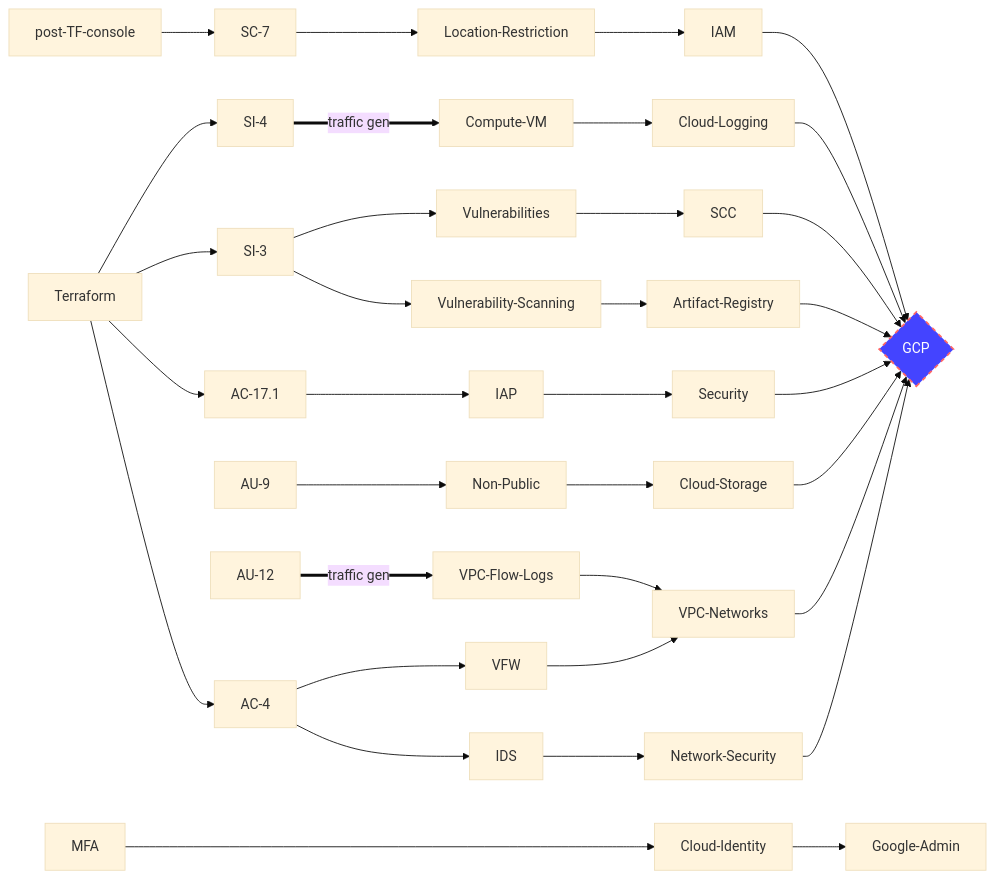
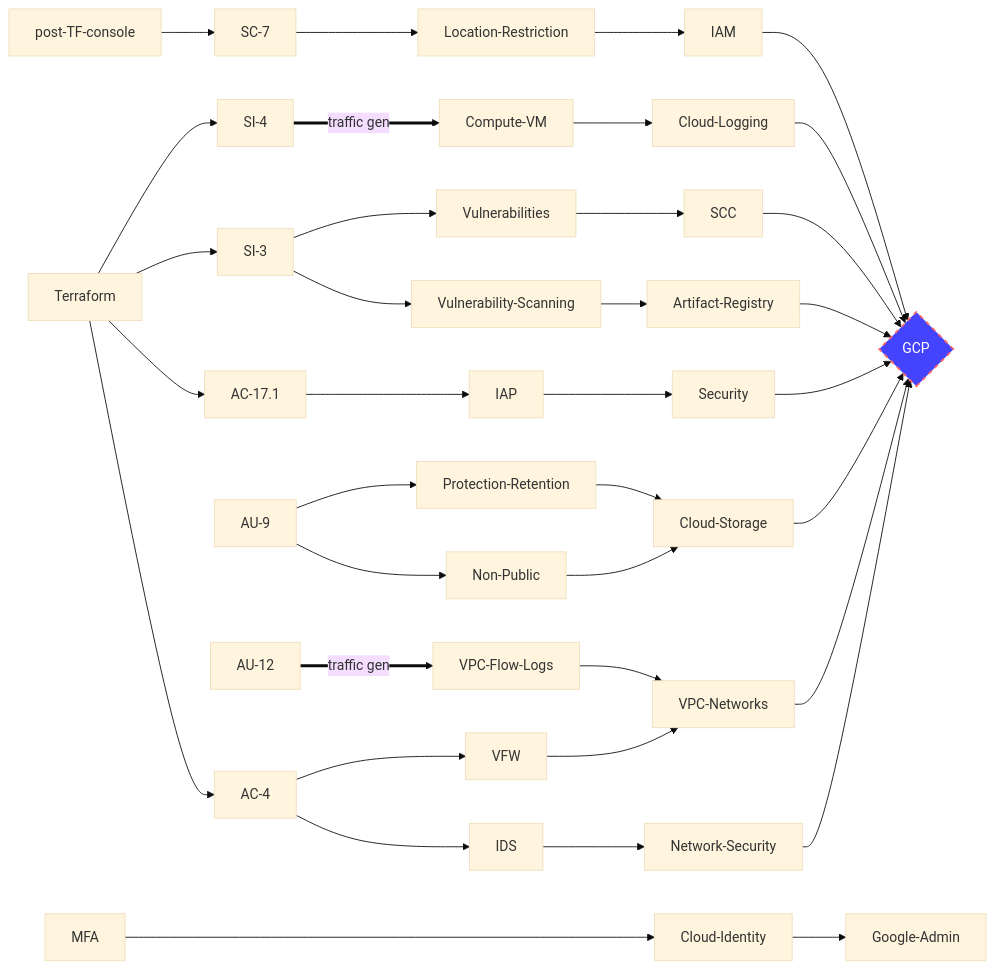
The first of 2 diagrams in docs/google-cloud-security-controls.md (GoogleCloudPlatform/pbmm-on-gcp-onboarding), drawn with Mermaid (base theme) before and after one commit.

Commit message:
#2 - AU-9

````diff
--- a/docs/google-cloud-security-controls.md
+++ b/docs/google-cloud-security-controls.md
@@ -5,41 +5,43 @@
 ```mermaid
 graph LR;
     style GCP fill:#44f,stroke:#f66,stroke-width:2px,color:#fff,stroke-dasharray: 5 5
     Terraform-->AC-4;
     Terraform-->AC-17.1;
     Terraform-->SI-3;
     Terraform-->SI-4;
     
     AC-4-->IDS;
     AC-4-->VFW;
     AC-17.1-->IAP;
-    AU-9-->Non-Public-->Cloud-Storage-->GCP;
+    AU-9-->Non-Public-->Cloud-Storage;
+    AU-9-->Protection-Retention-->Cloud-Storage;
     AU-12== traffic gen ==>VPC-Flow-Logs;
     SI-3-->Vulnerability-Scanning-->Artifact-Registry-->GCP;
     SI-3-->Vulnerabilities;
     SI-4== traffic gen ==>Compute-VM;
     post-TF-console-->SC-7-->Location-Restriction;
     
     
     IAP-->Security;
 
     Vulnerabilities-->SCC;
     
     IDS-->Network-Security;
     Compute-VM-->Cloud-Logging;
     Cloud-Logging-->GCP;
+    Cloud-Storage-->GCP;
     IAM-->GCP;
     Location-Restriction-->IAM;
     Network-Security-->GCP;
     SCC-->GCP;
     Security-->GCP;
     MFA---->Cloud-Identity;
     Cloud-Identity-->Google-Admin;
     VFW-->VPC-Networks;
     VPC-Flow-Logs-->VPC-Networks;
     VPC-Networks-->GCP{GCP};
     
 
     
     
 ```
````
